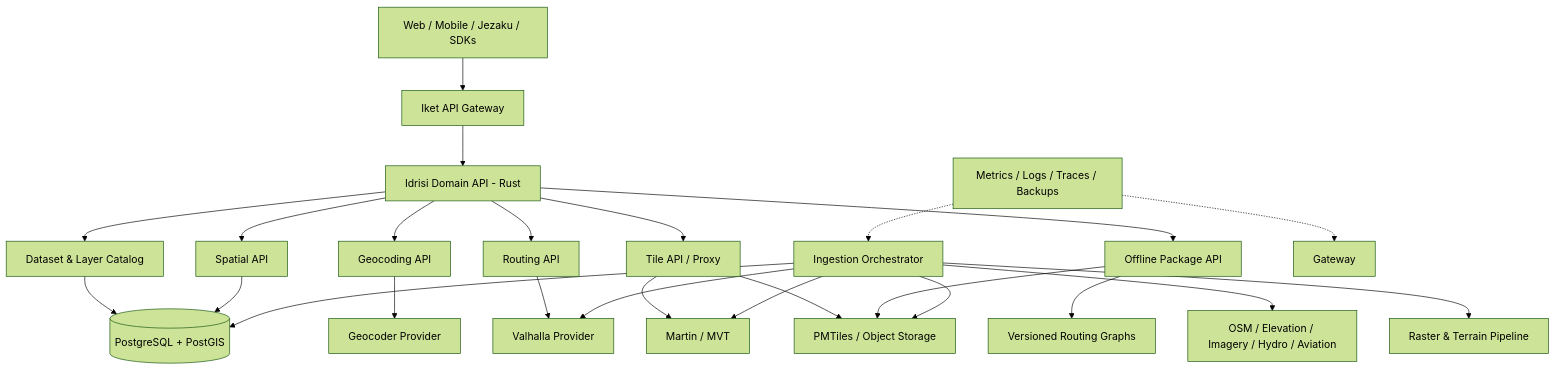
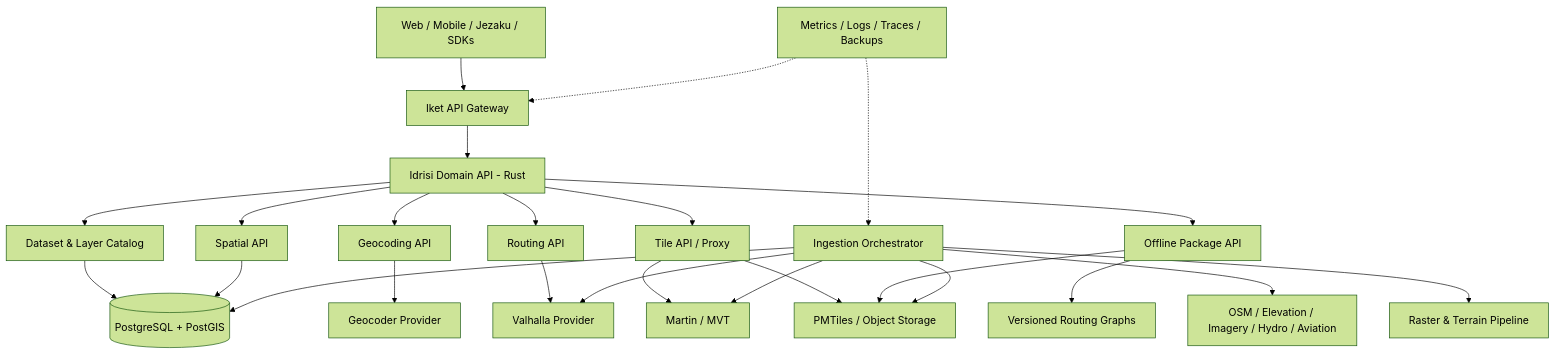
Before and after one commit to andalus-ai/idrisi: the diagram in docs/architecture/overview.md, drawn with Mermaid (forest theme). The commit also changed other lines of this file, not shown here.

Commit message:
docs: remove duplicate gateway design and adopt Iket

````diff
--- a/docs/architecture/overview.md
+++ b/docs/architecture/overview.md
@@ -29,30 +29,30 @@
 ```mermaid
 flowchart TB
   Clients[Web / Mobile / Jezaku / SDKs] --> Iket[Iket API Gateway]
   Iket --> API[Idrisi Domain API - Rust]
   API --> Catalog[Dataset & Layer Catalog]
   API --> Spatial[Spatial API]
   API --> Geo[Geocoding API]
   API --> Route[Routing API]
   API --> Tiles[Tile API / Proxy]
   API --> Offline[Offline Package API]
 
   Catalog --> PG[(PostgreSQL + PostGIS)]
   Spatial --> PG
   Geo --> Geocoder[Geocoder Provider]
   Route --> Router[Valhalla Provider]
   Tiles --> Martin[Martin / MVT]
   Tiles --> PM[PMTiles / Object Storage]
   Offline --> PM
   Offline --> Graphs[Versioned Routing Graphs]
 
   Ingest[Ingestion Orchestrator] --> Sources[OSM / Elevation / Imagery / Hydro / Aviation]
   Ingest --> PG
   Ingest --> Raster[Raster & Terrain Pipeline]
   Ingest --> Martin
   Ingest --> Router
   Ingest --> PM
 
-  Ops[Metrics / Logs / Traces / Backups] -.-> Gateway
+  Ops[Metrics / Logs / Traces / Backups] -.-> Iket
   Ops -.-> Ingest
 ```
````
